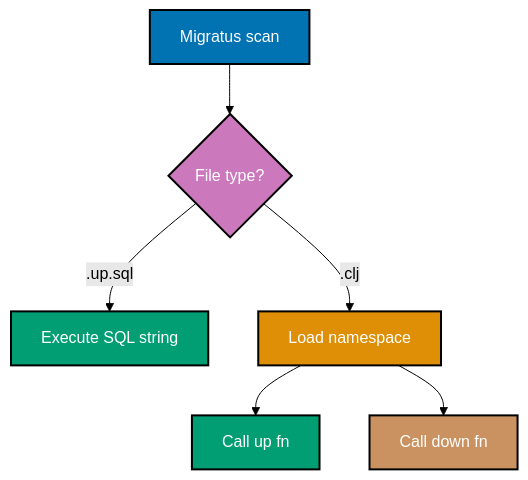
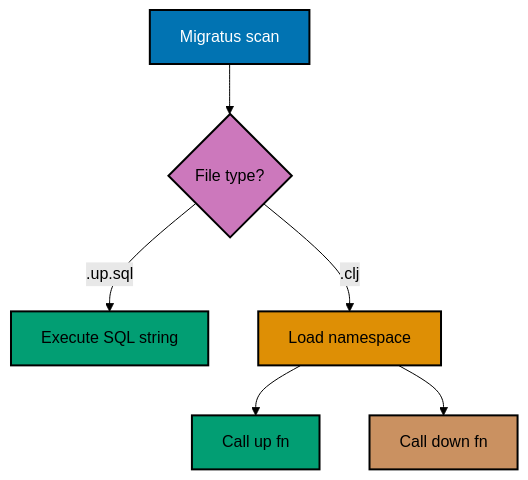
Before and after one commit to wahidyankf/ose-public: the first of 2 diagrams in apps/ayokoding-www/content/en/learn/legacy/software-engineering/data/tools/clojure-migratus/by-example/intermediate.md, drawn with Mermaid (forest theme). The commit also changed other lines of this file and 131 other files, not shown here.

First line of the commit message:
fix(mermaid): bring the legacy data, infrastructure, and testing diagrams onto the accessible palette

````diff
--- a/apps/ayokoding-www/content/en/learn/legacy/software-engineering/data/tools/clojure-migratus/by-example/intermediate.md
+++ b/apps/ayokoding-www/content/en/learn/legacy/software-engineering/data/tools/clojure-migratus/by-example/intermediate.md
@@ -34,17 +34,25 @@
 ```mermaid
 %% Color Palette: Blue #0173B2, Orange #DE8F05, Teal #029E73, Purple #CC78BC, Brown #CA9161
 %% Clojure migration file structure
 graph TD
+    accTitle: Example 31: Clojure-Based Migrations
+    accDescr: Graph with 6 nodes and 5 connections. Nodes: Migratus scan, File type?, Execute SQL string, Load namespace, Call up fn, Call down fn. Connections: Migratus scan to File type?, File type? to Execute SQL string (.up.sql), File type? to Load namespace (.clj), Load namespace to Call up fn, Load namespace to Call down fn.
     A[Migratus scan] --> B{File type?}
     B -->|.up.sql| C[Execute SQL string]
     B -->|.clj| D[Load namespace]
     D --> E[Call up fn]
     D --> F[Call down fn]
 
-    style A fill:#0173B2,stroke:#000000,color:#FFFFFF,stroke-width:2px
-    style B fill:#CC78BC,stroke:#000000,color:#FFFFFF,stroke-width:2px
-    style C fill:#029E73,stroke:#000000,color:#FFFFFF,stroke-width:2px
-    style D fill:#DE8F05,stroke:#000000,color:#FFFFFF,stroke-width:2px
-    style E fill:#029E73,stroke:#000000,color:#FFFFFF,stroke-width:2px
-    style F fill:#CA9161,stroke:#000000,color:#FFFFFF,stroke-width:2px
+    classDef pal-0173B2 fill:#0173B2,stroke:#000000,color:#FFFFFF,stroke-width:2px
+    class A pal-0173B2
+    classDef pal-CC78BC fill:#CC78BC,stroke:#000000,color:#000000,stroke-width:2px
+    class B pal-CC78BC
+    classDef pal-029E73 fill:#029E73,stroke:#000000,color:#000000,stroke-width:2px
+    class C pal-029E73
+    classDef pal-DE8F05 fill:#DE8F05,stroke:#000000,color:#000000,stroke-width:2px
+    class D pal-DE8F05
+    class E pal-029E73
+    classDef pal-CA9161 fill:#CA9161,stroke:#000000,color:#000000,stroke-width:2px
+    class F pal-CA9161
+    classDef default fill:#FFFFFF,stroke:#000000,color:#000000
 ```
````
